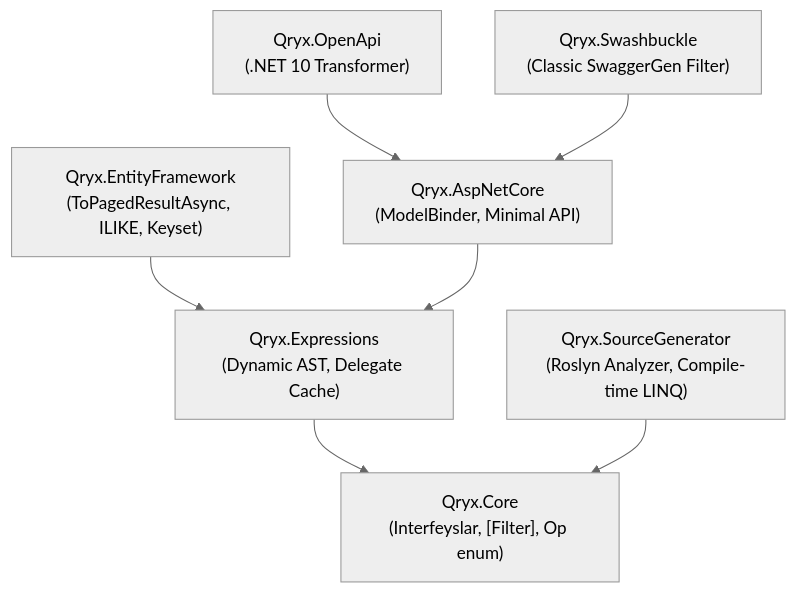
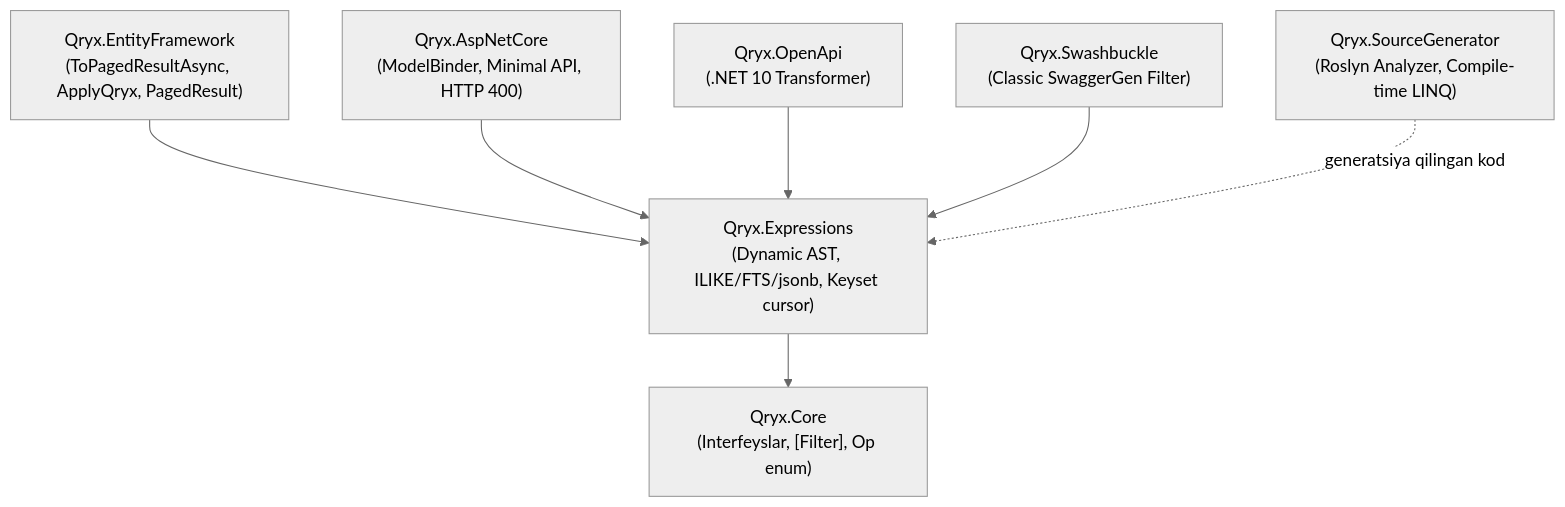
One commit to 0605AbMu/qryx changed the diagram in docs/USAGE.md. Above: the diagram before and after it, drawn with Mermaid (neutral theme). The commit also changed other lines of this file and 1 other file, not shown here.

First line of the commit message:
docs: document the 2.0 query model, URL reference and verified benchmarks

````diff
--- a/docs/USAGE.md
+++ b/docs/USAGE.md
@@ -40,17 +42,17 @@
 ```mermaid
 graph TD
     Core["Qryx.Core<br/>(Interfeyslar, [Filter], Op enum)"]
-    Expr["Qryx.Expressions<br/>(Dynamic AST, Delegate Cache)"]
-    EF["Qryx.EntityFramework<br/>(ToPagedResultAsync, ILIKE, Keyset)"]
-    Web["Qryx.AspNetCore<br/>(ModelBinder, Minimal API)"]
+    Expr["Qryx.Expressions<br/>(Dynamic AST, ILIKE/FTS/jsonb, Keyset cursor)"]
+    EF["Qryx.EntityFramework<br/>(ToPagedResultAsync, ApplyQryx, PagedResult)"]
+    Web["Qryx.AspNetCore<br/>(ModelBinder, Minimal API, HTTP 400)"]
     SG["Qryx.SourceGenerator<br/>(Roslyn Analyzer, Compile-time LINQ)"]
     OpenApi["Qryx.OpenApi<br/>(.NET 10 Transformer)"]
     Swagger["Qryx.Swashbuckle<br/>(Classic SwaggerGen Filter)"]
 
     Expr --> Core
     EF --> Expr
     Web --> Expr
-    SG --> Core
-    OpenApi --> Web
-    Swagger --> Web
+    OpenApi --> Expr
+    Swagger --> Expr
+    SG -. "generatsiya qilingan kod" .-> Expr
 ```
````
